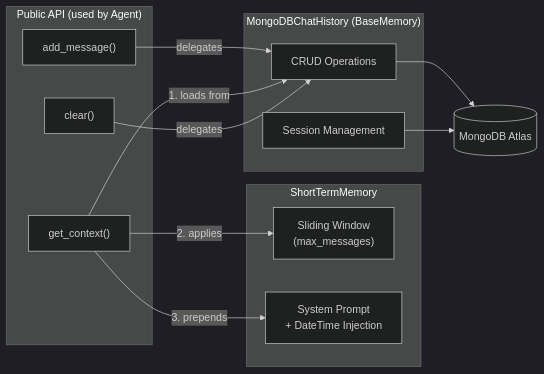
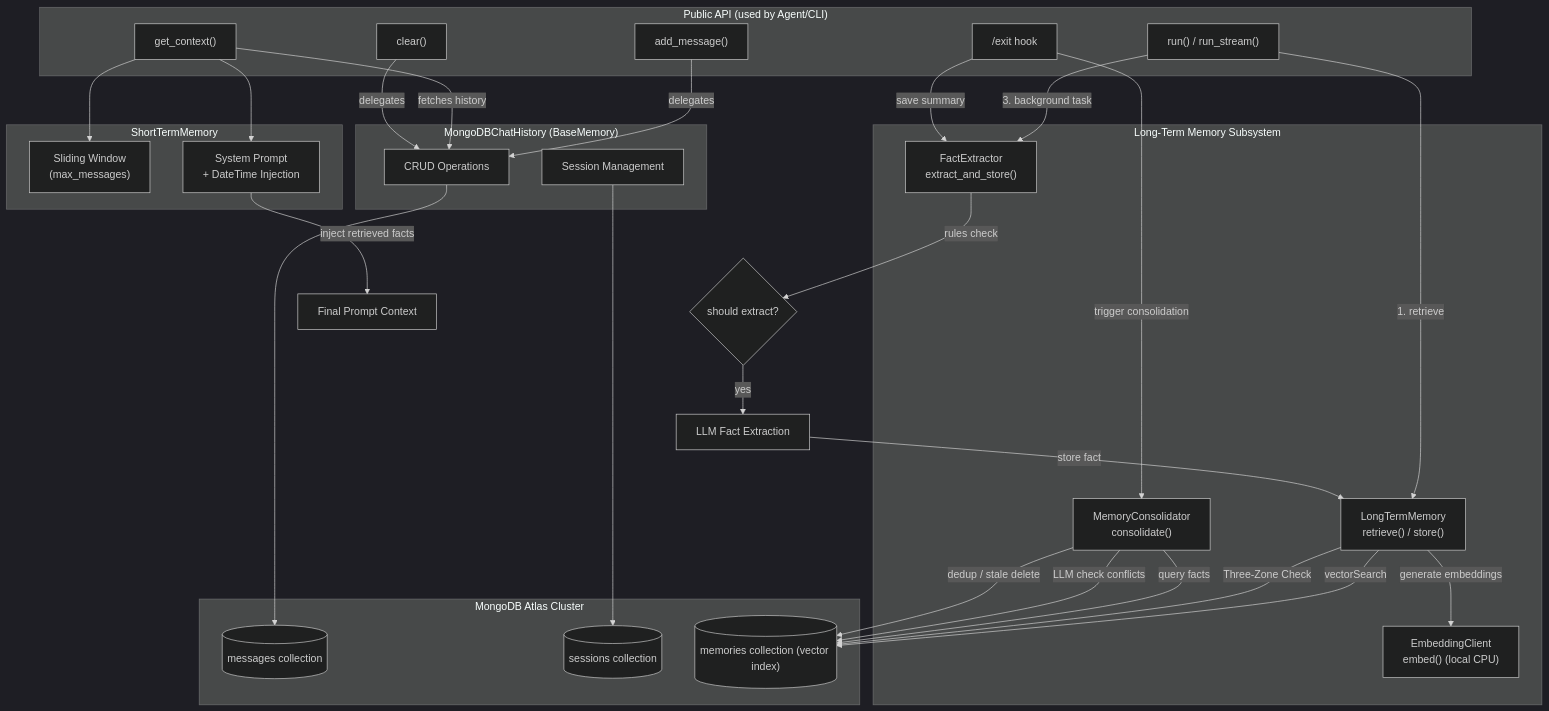
One commit to mistrytejasm/AI_Agent_From_Scratch changed the ninth of 24 diagrams in docs/01_PROJECT_DOCUMENTATION_1.md. Above: the diagram before and after it, drawn with Mermaid (dark theme). The commit also changed other lines of this file and 12 other files, not shown here.

First line of the commit message:
feat: implement multi-signal memory re-ranking, confidence filtering, and auto-consolidation on exit

````diff
--- a/docs/01_PROJECT_DOCUMENTATION_1.md
+++ b/docs/01_PROJECT_DOCUMENTATION_1.md
@@ -562,26 +566,61 @@
 ```mermaid
-flowchart LR
-    subgraph PUBLIC_API["Public API (used by Agent)"]
+flowchart TD
+    subgraph PUBLIC_API["Public API (used by Agent/CLI)"]
         ADD["add_message()"]
         CTX["get_context()"]
         CLR["clear()"]
+        RUN["run() / run_stream()"]
+        EXIT["/exit hook"]
     end
 
     subgraph STM["ShortTermMemory"]
         WINDOW["Sliding Window<br/>(max_messages)"]
         PROMPT["System Prompt<br/>+ DateTime Injection"]
     end
 
+    subgraph LTM_SYS["Long-Term Memory Subsystem"]
+        LTM["LongTermMemory<br/>retrieve() / store()"]
+        EXTRACT["FactExtractor<br/>extract_and_store()"]
+        CONSOL["MemoryConsolidator<br/>consolidate()"]
+        EMBED["EmbeddingClient<br/>embed() (local CPU)"]
+    end
+
     subgraph PERSIST["MongoDBChatHistory (BaseMemory)"]
         CRUD["CRUD Operations"]
         SESS["Session Management"]
     end
 
+    subgraph DB_CLUSTER["MongoDB Atlas Cluster"]
+        DB_MESS[("messages collection")]
+        DB_SESS[("sessions collection")]
+        DB_MEM[("memories collection (vector index)")]
+    end
+
+    %% STM flow
     ADD -->|delegates| CRUD
-    CTX -->|1. loads from| CRUD
-    CTX -->|2. applies| WINDOW
-    CTX -->|3. prepends| PROMPT
+    CTX -->|fetches history| CRUD
+    CTX --> WINDOW
+    CTX --> PROMPT
     CLR -->|delegates| CRUD
-    CRUD --> DB[("MongoDB Atlas")]
-    SESS --> DB
+
+    %% LTM flow
+    RUN -->|1. retrieve| LTM
+    LTM -->|generate embeddings| EMBED
+    LTM -->|vectorSearch| DB_MEM
+    PROMPT -->|inject retrieved facts| FINAL_PROMPT["Final Prompt Context"]
+    RUN -->|3. background task| EXTRACT
+    EXTRACT -->|rules check| EXTRACT_CHECK{"should extract?"}
+    EXTRACT_CHECK -->|yes| LLM_EXTRACT["LLM Fact Extraction"]
+    LLM_EXTRACT -->|store fact| LTM
+    LTM -->|Three-Zone Check| DB_MEM
+
+    %% Exit Consolidation
+    EXIT -->|save summary| EXTRACT
+    EXIT -->|trigger consolidation| CONSOL
+    CONSOL -->|query facts| DB_MEM
+    CONSOL -->|LLM check conflicts| DB_MEM
+    CONSOL -->|dedup / stale delete| DB_MEM
+
+    CRUD --> DB_MESS
+    SESS --> DB_SESS
 ```
````
